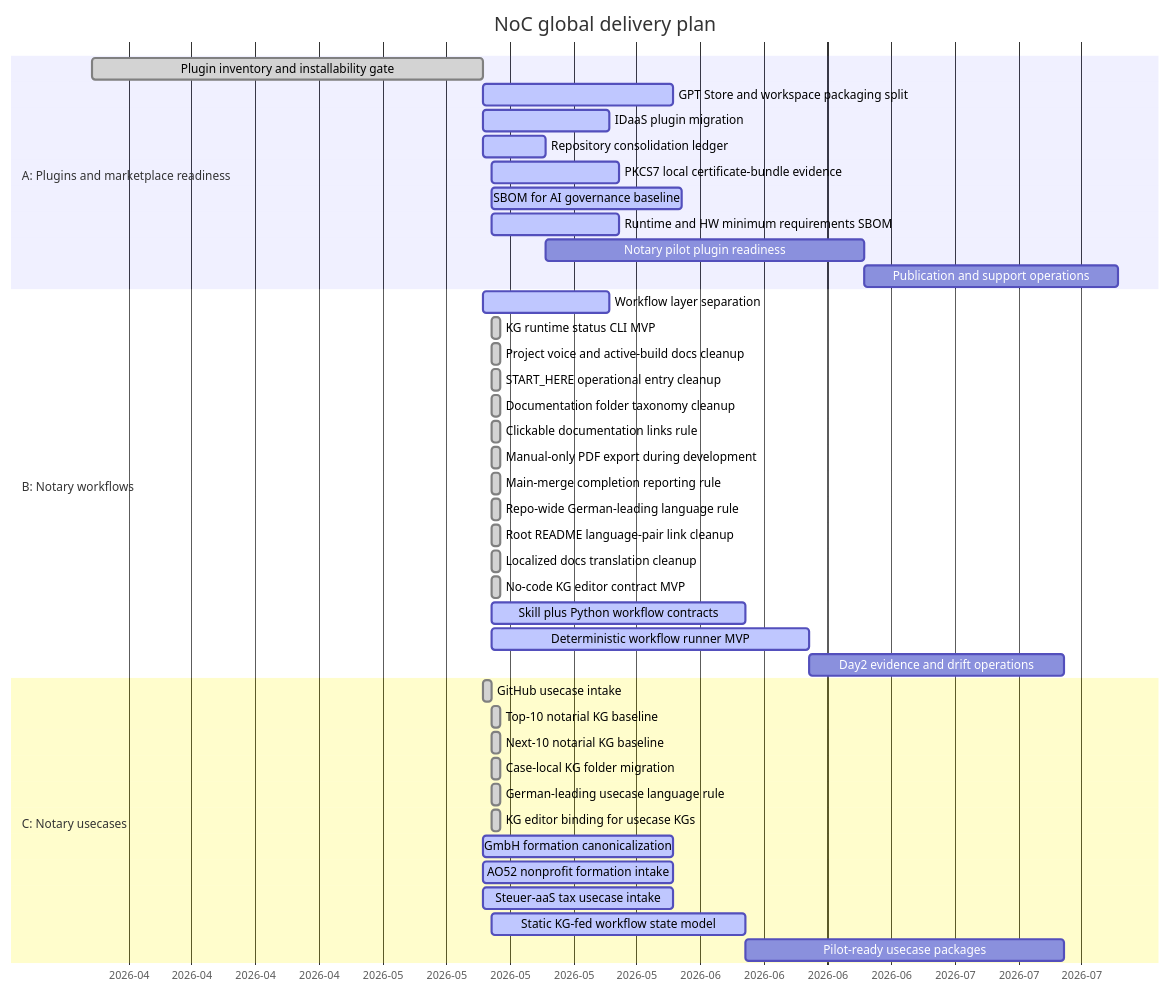
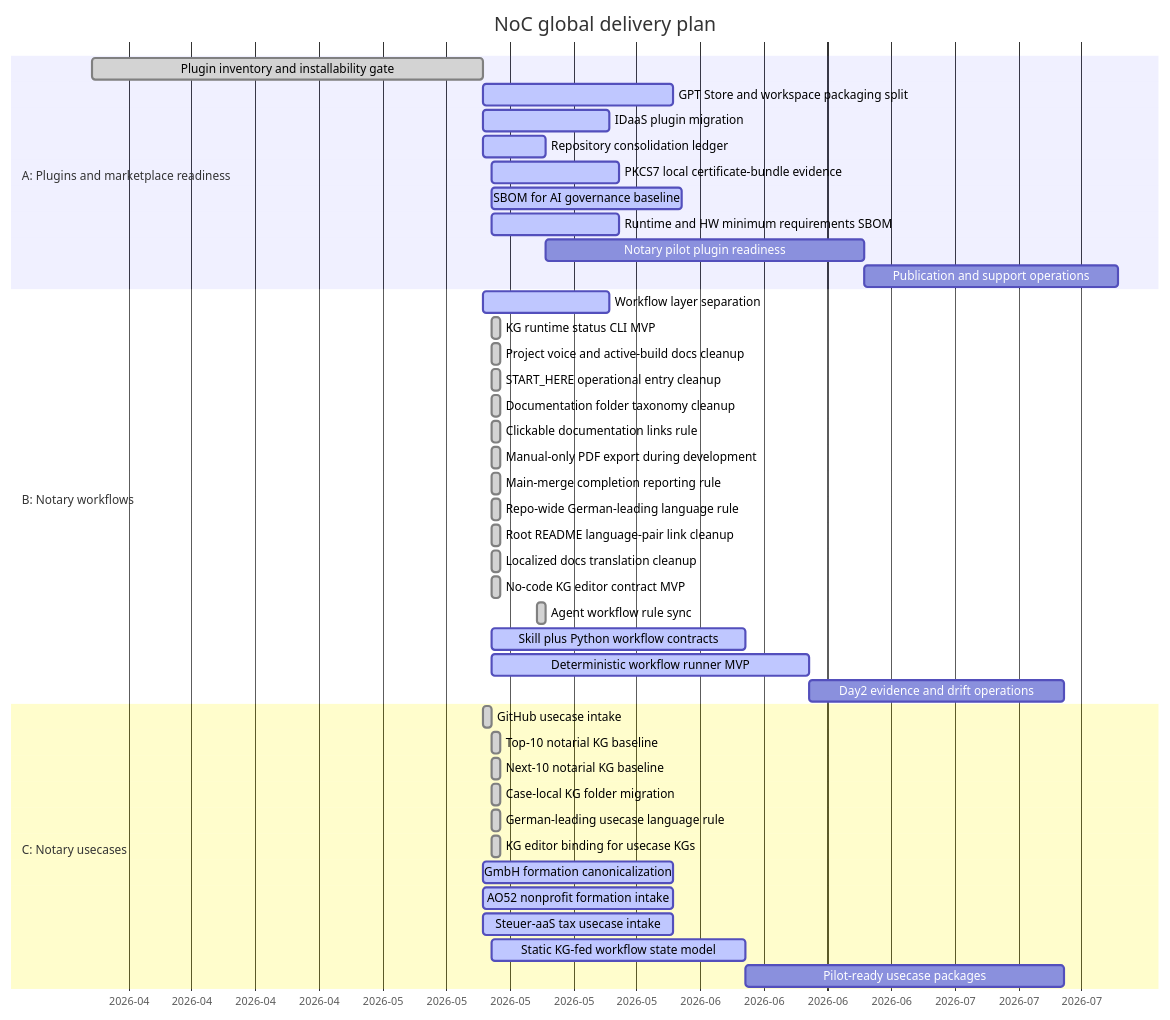
One commit to notariat8/NaC changed the diagram in roadmap/GANTT.md. Above: the diagram before and after it, drawn with Mermaid. The commit also changed other lines of this file and 6 other files, not shown here.

Commit message:
Add shared agent workflow rules

````diff
--- a/roadmap/GANTT.md
+++ b/roadmap/GANTT.md
@@ -12,47 +12,48 @@
 ```mermaid
 gantt
     title NoC global delivery plan
     dateFormat  YYYY-MM-DD
     axisFormat  %Y-%m
 
     section A: Plugins and marketplace readiness
     Plugin inventory and installability gate     :done,    a1, 2026-04-01, 2026-05-14
     GPT Store and workspace packaging split      :active,  a2, 2026-05-14, 21d
     IDaaS plugin migration                       :active,  a3, 2026-05-14, 14d
     Repository consolidation ledger              :active,  a4, 2026-05-14, 7d
     PKCS7 local certificate-bundle evidence      :active,  a4a, 2026-05-15, 14d
     SBOM for AI governance baseline              :active,  a4b, 2026-05-15, 21d
     Runtime and HW minimum requirements SBOM     :active,  a4c, 2026-05-15, 14d
     Notary pilot plugin readiness                :         a5, after a4, 35d
     Publication and support operations           :         a6, after a5, 28d
 
     section B: Notary workflows
     Workflow layer separation                    :active,  b1, 2026-05-14, 14d
     KG runtime status CLI MVP                    :done,    b1a, 2026-05-15, 1d
     Project voice and active-build docs cleanup  :done,    b1b, 2026-05-15, 1d
     START_HERE operational entry cleanup         :done,    b1c, 2026-05-15, 1d
     Documentation folder taxonomy cleanup        :done,    b1d, 2026-05-15, 1d
     Clickable documentation links rule           :done,    b1e, 2026-05-15, 1d
     Manual-only PDF export during development    :done,    b1f, 2026-05-15, 1d
     Main-merge completion reporting rule         :done,    b1g, 2026-05-15, 1d
     Repo-wide German-leading language rule       :done,    b1h, 2026-05-15, 1d
     Root README language-pair link cleanup       :done,    b1i, 2026-05-15, 1d
     Localized docs translation cleanup           :done,    b1j, 2026-05-15, 1d
     No-code KG editor contract MVP              :done,    b1k, 2026-05-15, 1d
+    Agent workflow rule sync                    :done,    b1l, 2026-05-20, 1d
     Skill plus Python workflow contracts         :active,  b2, 2026-05-15, 28d
     Deterministic workflow runner MVP            :active,  b3, 2026-05-15, 35d
     Day2 evidence and drift operations           :         b4, after b3, 28d
 
     section C: Notary usecases
     GitHub usecase intake                        :done,    c1, 2026-05-14, 1d
     Top-10 notarial KG baseline                  :done,    c2, 2026-05-15, 1d
     Next-10 notarial KG baseline                 :done,    c3, 2026-05-15, 1d
     Case-local KG folder migration               :done,    c3a, 2026-05-15, 1d
     German-leading usecase language rule         :done,    c3b, 2026-05-15, 1d
     KG editor binding for usecase KGs            :done,    c3c, 2026-05-15, 1d
     GmbH formation canonicalization              :active,  c4, 2026-05-14, 21d
     AO52 nonprofit formation intake              :active,  c5, 2026-05-14, 21d
     Steuer-aaS tax usecase intake                :active,  c6, 2026-05-14, 21d
     Static KG-fed workflow state model           :active,  c7, 2026-05-15, 28d
     Pilot-ready usecase packages                 :         c8, after c7, 35d
 ```
````
